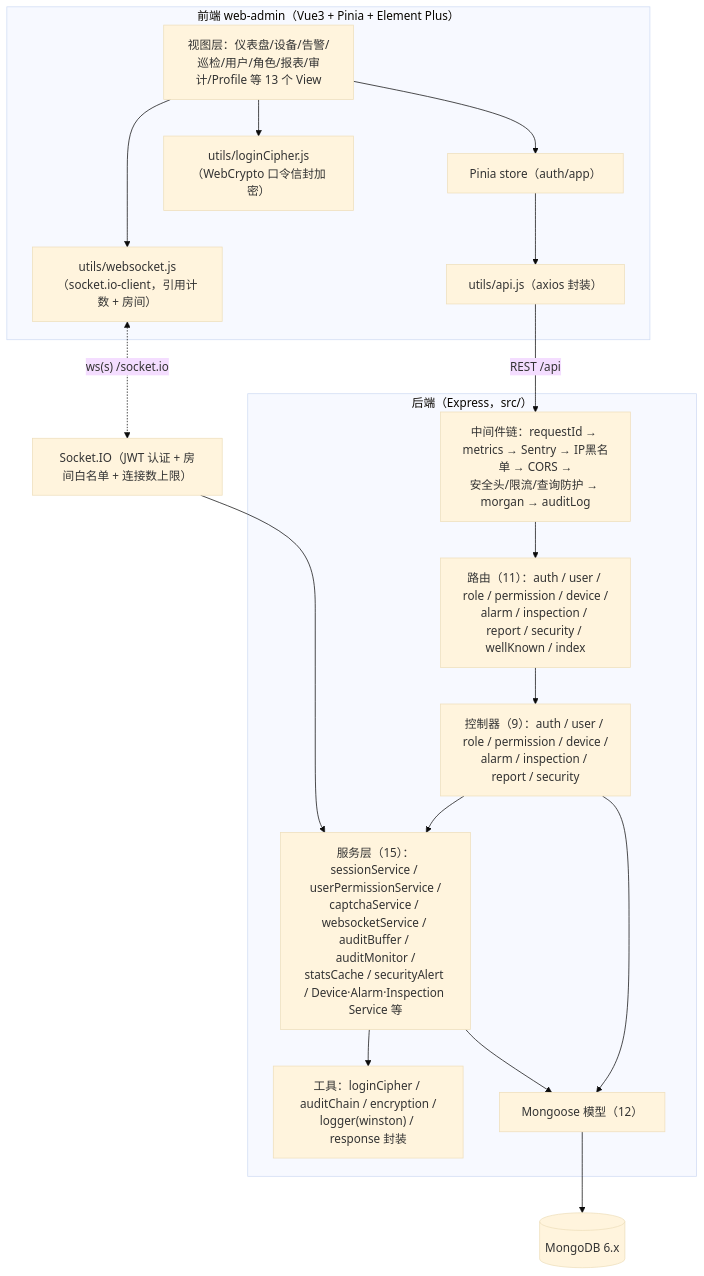
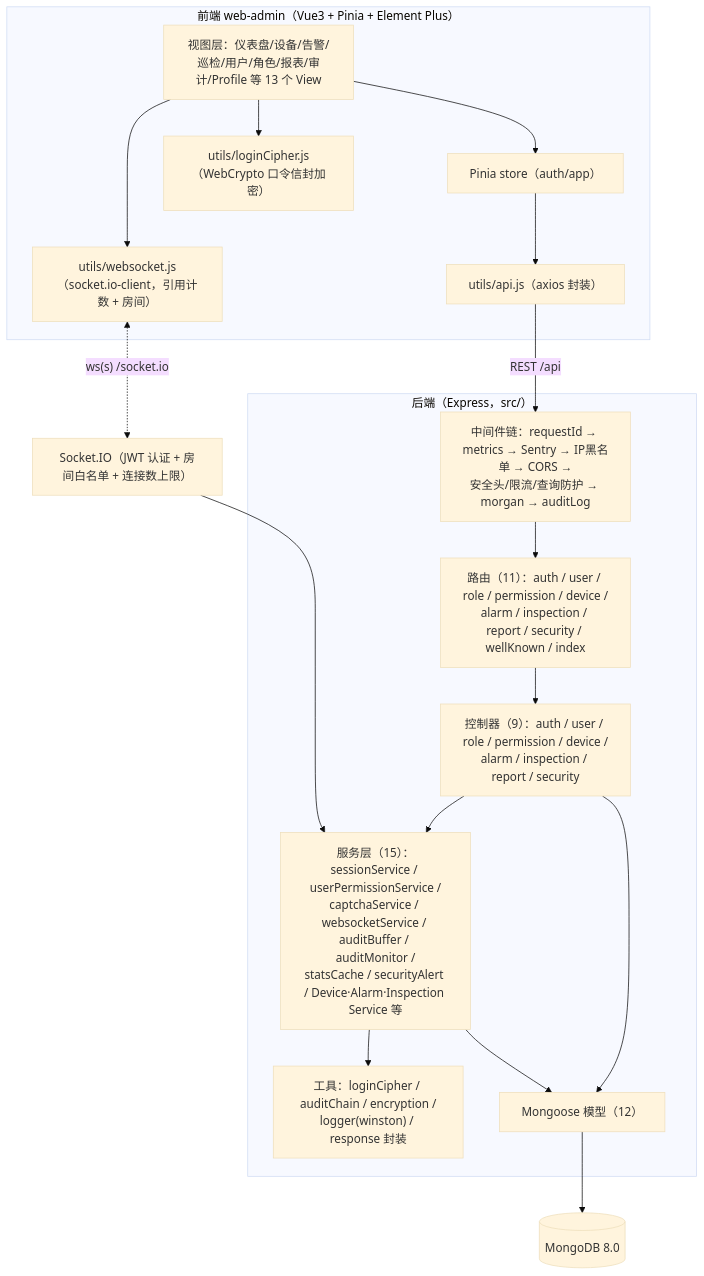
The first of 4 diagrams in docs/architecture.md (qmzzzzz/fsms), drawn with Mermaid (base theme) before and after one commit. The commit also changed other lines of this file and 449 other files, not shown here.

````diff
--- a/docs/architecture.md
+++ b/docs/architecture.md
@@ -10,34 +10,34 @@
 ```mermaid
 flowchart TB
   subgraph Client["前端 web-admin（Vue3 + Pinia + Element Plus）"]
     Views["视图层：仪表盘/设备/告警/巡检/用户/角色/报表/审计/Profile 等 13 个 View"]
     Store["Pinia store（auth/app）"]
     Api["utils/api.js（axios 封装）"]
     Ws["utils/websocket.js（socket.io-client，引用计数 + 房间）"]
     Cipher["utils/loginCipher.js（WebCrypto 口令信封加密）"]
   end
 
   subgraph Backend["后端（Express，src/）"]
     MW["中间件链：requestId → metrics → Sentry → IP黑名单 → CORS →\n安全头/限流/查询防护 → morgan → auditLog"]
     Routes["路由（11）：auth / user / role / permission / device /\nalarm / inspection / report / security / wellKnown / index"]
     Ctrl["控制器（9）：auth / user / role / permission / device /\nalarm / inspection / report / security"]
     Svc["服务层（15）：sessionService / userPermissionService /\ncaptchaService / websocketService / auditBuffer / auditMonitor /\nstatsCache / securityAlert / Device·Alarm·Inspection Service 等"]
     Utils["工具：loginCipher / auditChain / encryption /\nlogger(winston) / response 封装"]
     Models["Mongoose 模型（12）"]
   end
 
-  Mongo[("MongoDB 6.x")]
+  Mongo[("MongoDB 8.0")]
   Socket["Socket.IO（JWT 认证 + 房间白名单 + 连接数上限）"]
 
   Views --> Store --> Api
   Views --> Ws
   Views --> Cipher
   Api -- "REST /api" --> MW --> Routes --> Ctrl
   Ctrl --> Svc
   Ctrl --> Models
   Svc --> Models
   Svc --> Utils
   Ws <-. "ws(s) /socket.io" .-> Socket
   Socket --> Svc
   Models --> Mongo
 ```
````
